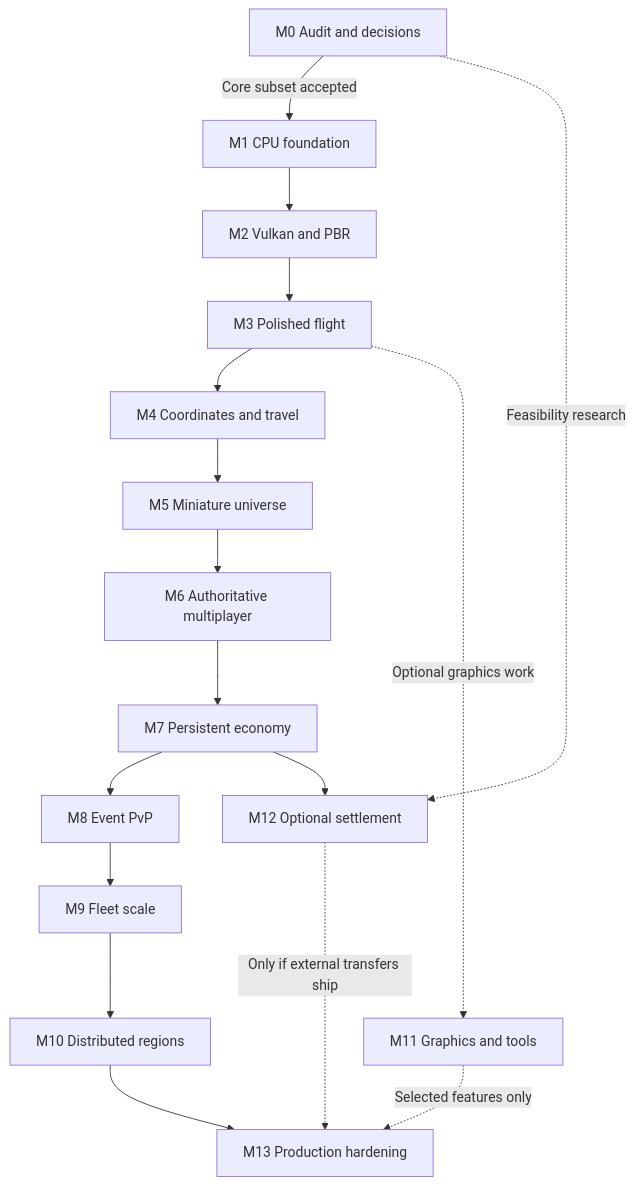
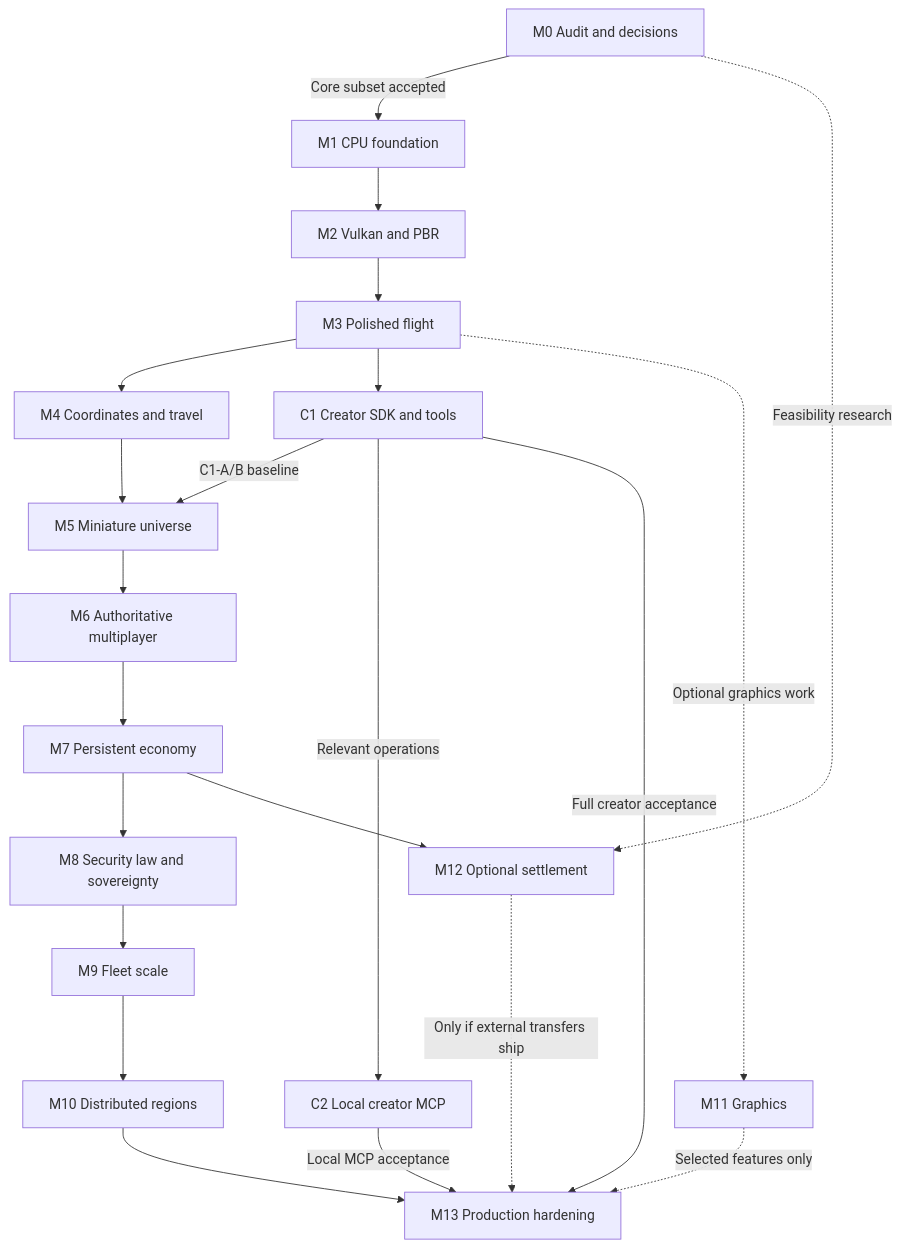
One commit to kyaulabs/ngen changed the diagram in docs/planning/milestones.md. Above: the diagram before and after it, drawn with Mermaid. The commit also changed other lines of this file and 8 other files, not shown here.

````diff
--- a/docs/planning/milestones.md
+++ b/docs/planning/milestones.md
@@ -26,19 +28,24 @@
 ```mermaid
 flowchart TD
     M0["M0 Audit and decisions"] -->|"Core subset accepted"| M1["M1 CPU foundation"]
     M1 --> M2["M2 Vulkan and PBR"]
     M2 --> M3["M3 Polished flight"]
     M3 --> M4["M4 Coordinates and travel"]
     M4 --> M5["M5 Miniature universe"]
     M5 --> M6["M6 Authoritative multiplayer"]
     M6 --> M7["M7 Persistent economy"]
-    M7 --> M8["M8 Event PvP"]
+    M7 --> M8["M8 Security law and sovereignty"]
     M8 --> M9["M9 Fleet scale"]
     M9 --> M10["M10 Distributed regions"]
     M10 --> M13["M13 Production hardening"]
-    M3 -. "Optional graphics work" .-> M11["M11 Graphics and tools"]
+    M3 --> C1["C1 Creator SDK and tools"]
+    C1 -->|"C1-A/B baseline"| M5
+    C1 -->|"Relevant operations"| C2["C2 Local creator MCP"]
+    C1 -->|"Full creator acceptance"| M13
+    C2 -->|"Local MCP acceptance"| M13
+    M3 -. "Optional graphics work" .-> M11["M11 Graphics"]
     M11 -. "Selected features only" .-> M13
     M0 -. "Feasibility research" .-> M12["M12 Optional settlement"]
     M7 --> M12
     M12 -. "Only if external transfers ship" .-> M13
 ```
````
